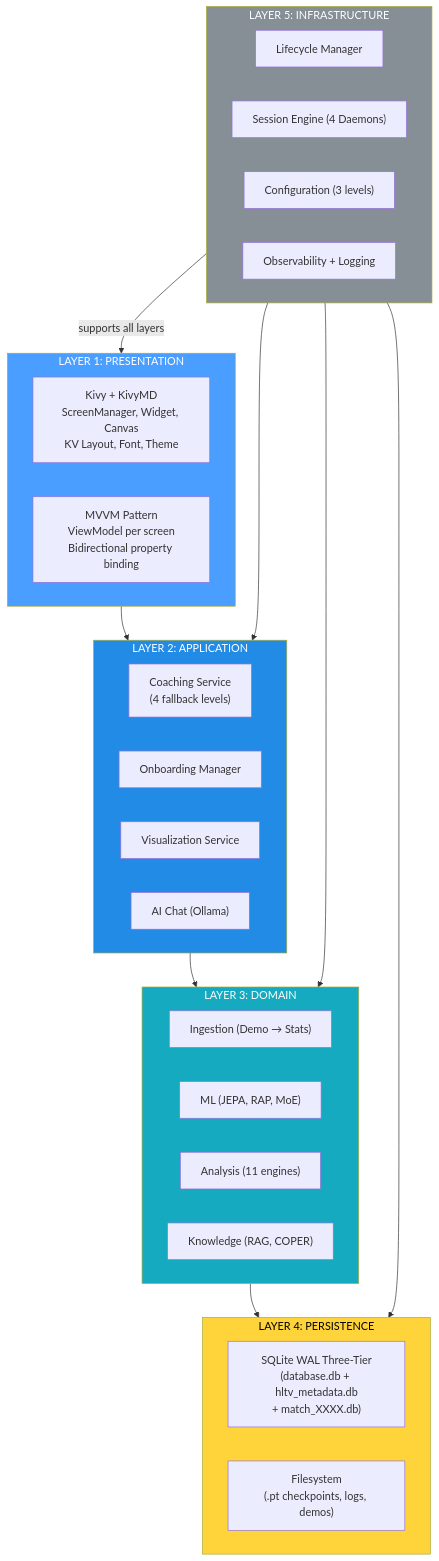
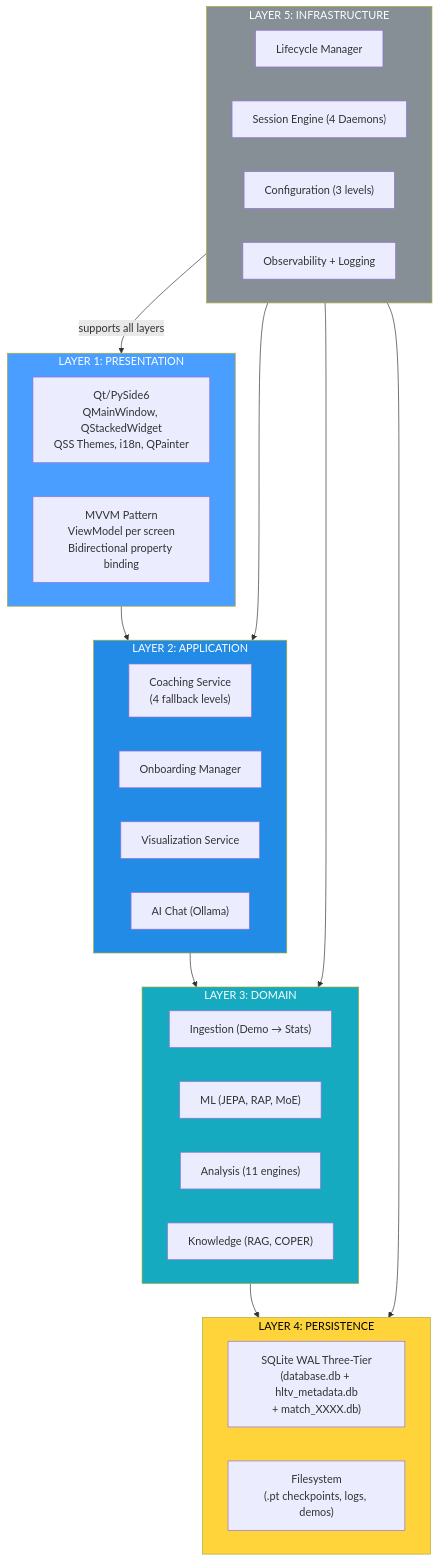
One commit to renanaugustomacena-ux/Counter-Strike-coach-AI changed diagram 50 of 53 in docs/books/Book-Coach-3-en.md. Above: the diagram before and after it, drawn with Mermaid. The commit also changed other lines of this file and 2 other files, not shown here.

First line of the commit message:
docs: update Book-Coach-3 trilogy — remove Kivy, fix screen/test counts

````diff
--- a/docs/books/Book-Coach-3-en.md
+++ b/docs/books/Book-Coach-3-en.md
@@ -2795,43 +2722,43 @@
 ```mermaid
 flowchart TB
     subgraph L1["LAYER 1: PRESENTATION"]
-        KIVY["Kivy + KivyMD<br/>ScreenManager, Widget, Canvas<br/>KV Layout, Font, Theme"]
+        QT["Qt/PySide6<br/>QMainWindow, QStackedWidget<br/>QSS Themes, i18n, QPainter"]
         MVVM["MVVM Pattern<br/>ViewModel per screen<br/>Bidirectional property binding"]
     end
     subgraph L2["LAYER 2: APPLICATION"]
         COACHING["Coaching Service<br/>(4 fallback levels)"]
         ONBOARD["Onboarding Manager"]
         VIS["Visualization Service"]
         CHAT["AI Chat (Ollama)"]
     end
     subgraph L3["LAYER 3: DOMAIN"]
         INGEST["Ingestion (Demo → Stats)"]
         ML["ML (JEPA, RAP, MoE)"]
         ANALYSIS["Analysis (11 engines)"]
         KNOWLEDGE["Knowledge (RAG, COPER)"]
     end
     subgraph L4["LAYER 4: PERSISTENCE"]
         SQLITE["SQLite WAL Three-Tier<br/>(database.db + hltv_metadata.db<br/>+ match_XXXX.db)"]
         FILES["Filesystem<br/>(.pt checkpoints, logs, demos)"]
     end
     subgraph L5["LAYER 5: INFRASTRUCTURE"]
         LIFECYCLE["Lifecycle Manager"]
         SESSION["Session Engine (4 Daemons)"]
         CONFIG["Configuration (3 levels)"]
         LOGGING["Observability + Logging"]
     end
 
     L1 --> L2
     L2 --> L3
     L3 --> L4
     L5 -->|"supports all layers"| L1
     L5 --> L2
     L5 --> L3
     L5 --> L4
 
     style L1 fill:#4a9eff,color:#fff
     style L2 fill:#228be6,color:#fff
     style L3 fill:#15aabf,color:#fff
     style L4 fill:#ffd43b,color:#000
     style L5 fill:#868e96,color:#fff
 ```
````
